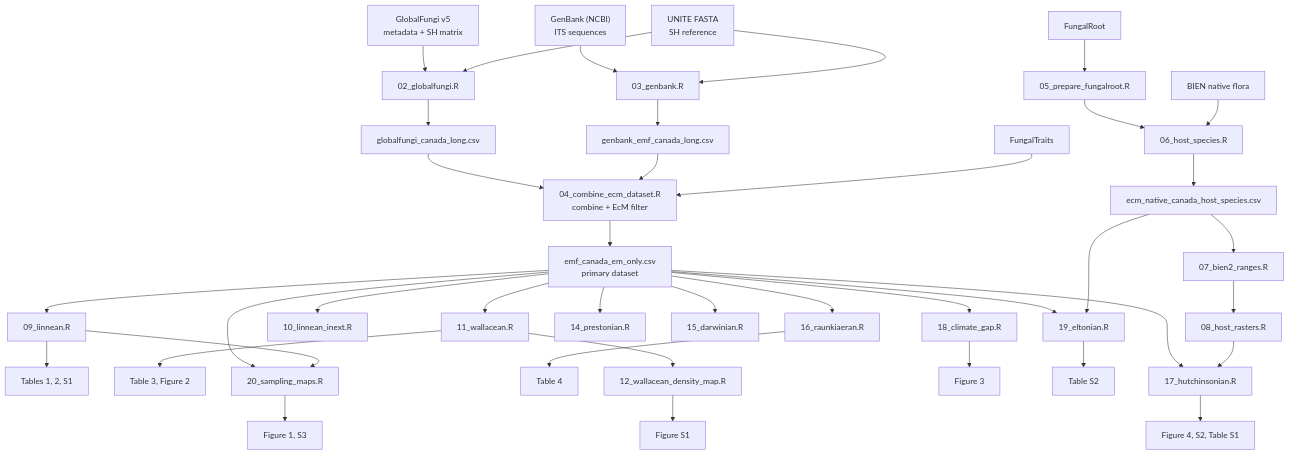
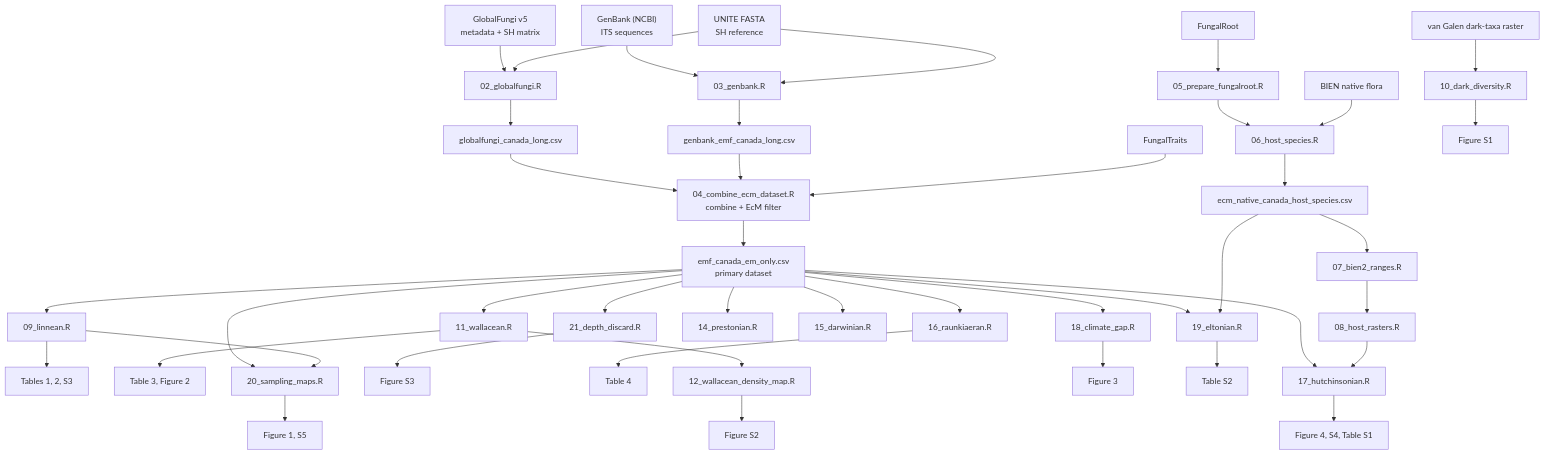
The diagram in README.md (pitherj/Canada_ecto_shortfalls), drawn with Mermaid before and after one commit. The commit also changed other lines of this file and 25 other files, not shown here.

````diff
--- a/README.md
+++ b/README.md
@@ -42,33 +49,34 @@
 ```mermaid
 flowchart TD
     R1["GlobalFungi v5\nmetadata + SH matrix"] --> S02["02_globalfungi.R"]
     R2["GenBank (NCBI)\nITS sequences"] --> S03["03_genbank.R"]
     R3["UNITE FASTA\nSH reference"] --> S02
     R3 --> S03
     S02 --> GF["globalfungi_canada_long.csv"]
     S03 --> GB["genbank_emf_canada_long.csv"]
     GF --> S04["04_combine_ecm_dataset.R\ncombine + EcM filter"]
     GB --> S04
     R4["FungalTraits"] --> S04
     S04 --> EMF["emf_canada_em_only.csv\nprimary dataset"]
 
     R5["FungalRoot"] --> S05["05_prepare_fungalroot.R"] --> S06["06_host_species.R"]
     R6["BIEN native flora"] --> S06
     S06 --> HOST["ecm_native_canada_host_species.csv"]
     HOST --> S07["07_bien2_ranges.R"] --> S08["08_host_rasters.R"]
 
-    EMF --> S09["09_linnean.R"] --> T12["Tables 1, 2, S1"]
-    EMF --> S10["10_linnean_inext.R"]
+    EMF --> S09["09_linnean.R"] --> T12["Tables 1, 2, S3"]
+    RVG["van Galen dark-taxa raster"] --> S10["10_dark_diversity.R"] --> FS1["Figure S1"]
     EMF --> S11["11_wallacean.R"] --> F2["Table 3, Figure 2"]
-    S11 --> S12["12_wallacean_density_map.R"] --> FS1["Figure S1"]
+    S11 --> S12["12_wallacean_density_map.R"] --> FS2["Figure S2"]
+    EMF --> S21["21_depth_discard.R"] --> FS3["Figure S3"]
     EMF --> S14["14_prestonian.R"]
     EMF --> S15["15_darwinian.R"]
     EMF --> S16["16_raunkiaeran.R"] --> T4["Table 4"]
-    EMF --> S17["17_hutchinsonian.R"] --> F4["Figure 4, S2, Table S1"]
+    EMF --> S17["17_hutchinsonian.R"] --> F4["Figure 4, S4, Table S1"]
     S08 --> S17
     EMF --> S18["18_climate_gap.R"] --> F3["Figure 3"]
     EMF --> S19["19_eltonian.R"] --> TS2["Table S2"]
     HOST --> S19
-    EMF --> S20["20_sampling_maps.R"] --> F1["Figure 1, S3"]
+    EMF --> S20["20_sampling_maps.R"] --> F1["Figure 1, S5"]
     S09 --> S20
 ```
````
